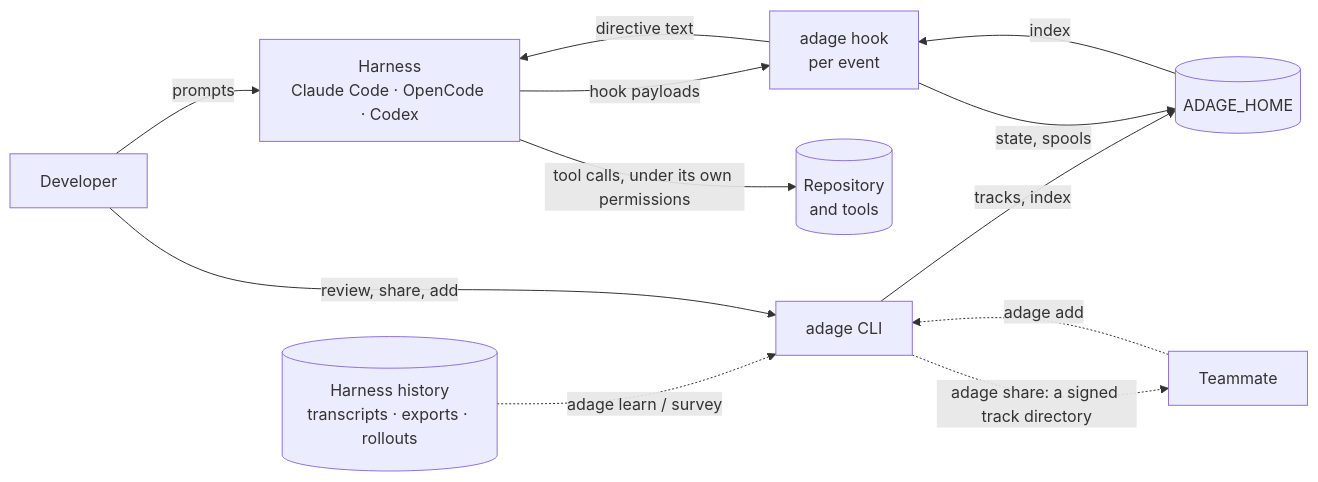
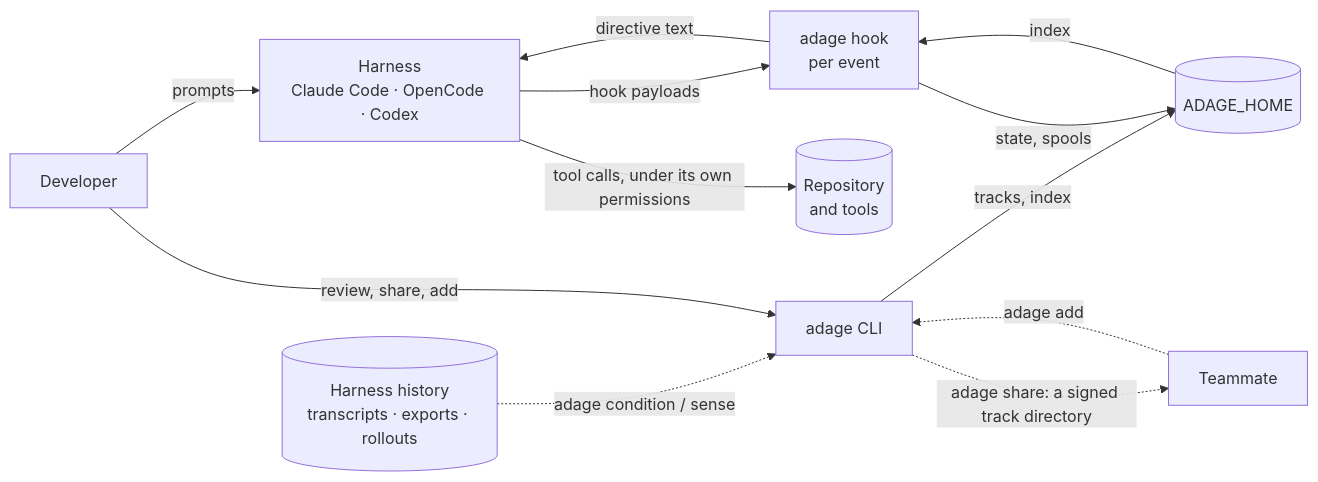
One commit to stevenvaughanbooth/adage changed the first of 5 diagrams in docs/Adage — Architecture.md. Above: the diagram before and after it, drawn with Mermaid. The commit also changed other lines of this file and 466 other files, not shown here.

````diff
--- a/docs/Adage — Architecture.md
+++ b/docs/Adage — Architecture.md
@@ -47,14 +47,14 @@
 ```mermaid
 flowchart LR
   Dev[Developer] -->|prompts| H[Harness<br/>Claude Code · OpenCode · Codex]
   H -->|hook payloads| A[adage hook<br/>per event]
   A -->|directive text| H
   H -->|tool calls, under its own permissions| R[(Repository<br/>and tools)]
-  T[(Harness history<br/>transcripts · exports · rollouts)] -.->|adage learn / survey| L[adage CLI]
+  T[(Harness history<br/>transcripts · exports · rollouts)] -.->|adage condition / sense| L[adage CLI]
   L -->|tracks, index| D[(ADAGE_HOME)]
   A -->|state, spools| D
   D -->|index| A
   L -.->|adage share: a signed track directory| P[Teammate]
   P -.->|adage add| L
   Dev -->|review, share, add| L
 ```
````
